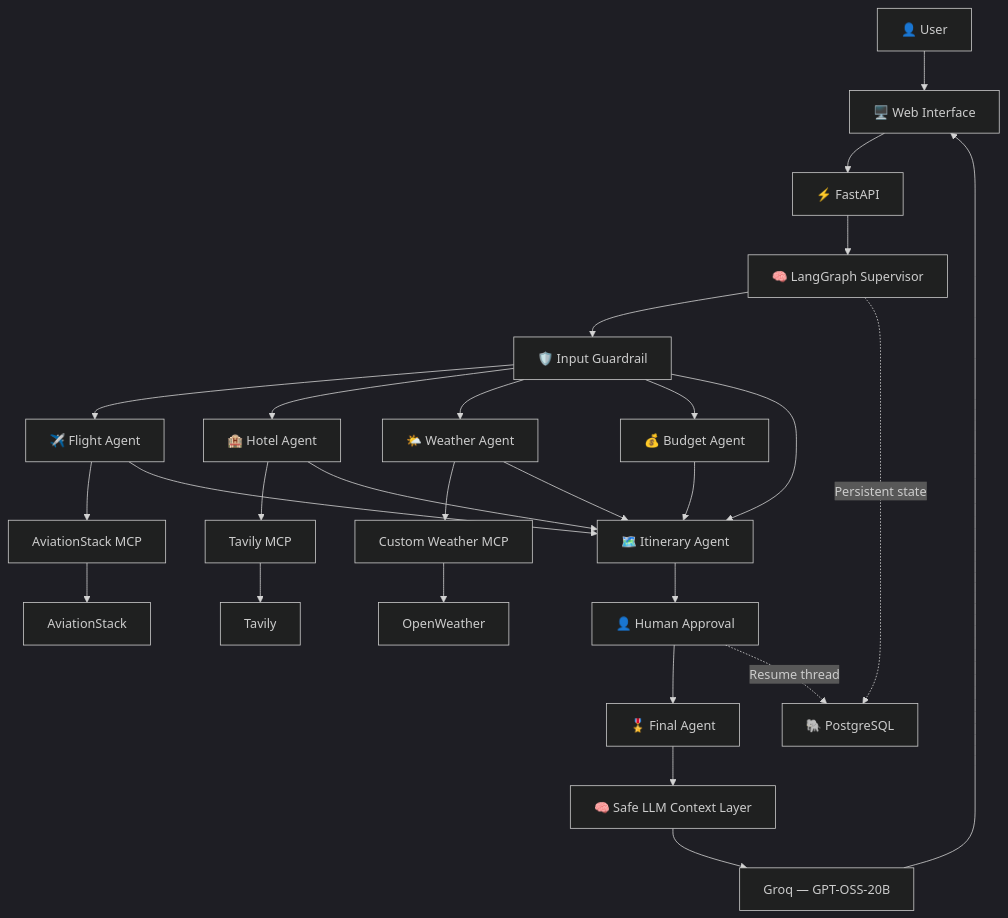
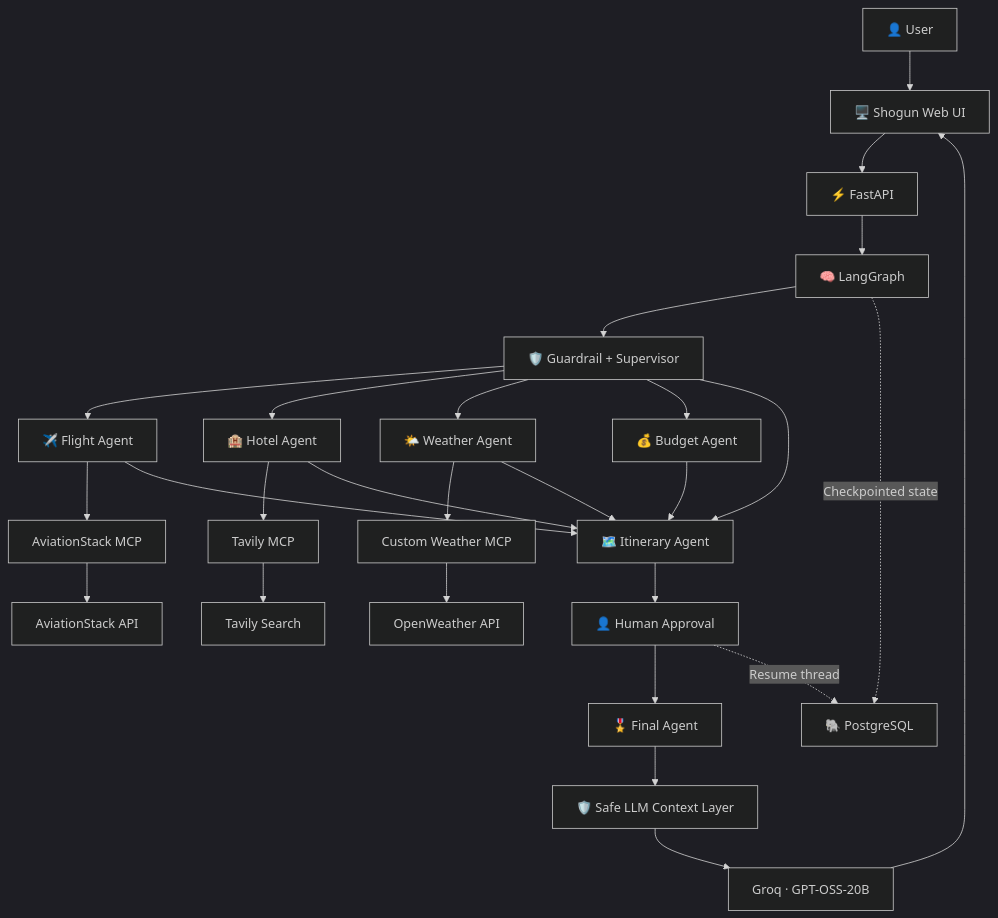
The diagram in README.md (Ravisidh36/Shogun-using-MCP), drawn with Mermaid (dark theme) before and after one commit. The commit also changed other lines of this file, not shown here.

Commit message:
Rewrite README for current Shogun architecture

````diff
--- a/README.md
+++ b/README.md
@@ -39,36 +78,38 @@
 ```mermaid
 flowchart TD
 
-    U["👤 User"] --> F["🖥️ Web Interface"]
-    F --> API["⚡ FastAPI"]
-    API --> G["🧠 LangGraph Supervisor"]
+    U["👤 User"] --> UI["🖥️ Shogun Web UI"]
+    UI --> API["⚡ FastAPI"]
+    API --> SG["🧠 LangGraph"]
 
-    G --> GR["🛡️ Input Guardrail"]
-    GR --> FA["✈️ Flight Agent"]
-    GR --> HA["🏨 Hotel Agent"]
-    GR --> WA["🌤️ Weather Agent"]
-    GR --> BA["💰 Budget Agent"]
-    GR --> IA["🗺️ Itinerary Agent"]
+    SG --> G["🛡️ Guardrail + Supervisor"]
 
-    FA --> ASM["AviationStack MCP"]
-    HA --> TM["Tavily MCP"]
-    WA --> WM["Custom Weather MCP"]
+    G --> F["✈️ Flight Agent"]
+    G --> H["🏨 Hotel Agent"]
+    G --> W["🌤️ Weather Agent"]
+    G --> B["💰 Budget Agent"]
+    G --> I["🗺️ Itinerary Agent"]
 
-    ASM --> EXT1["AviationStack"]
-    TM --> EXT2["Tavily"]
-    WM --> EXT3["OpenWeather"]
+    F --> AMCP["AviationStack MCP"]
+    H --> TMCP["Tavily MCP"]
+    W --> WMCP["Custom Weather MCP"]
 
-    FA --> IA
-    HA --> IA
-    WA --> IA
-    BA --> IA
+    AMCP --> AS["AviationStack API"]
+    TMCP --> TV["Tavily Search"]
+    WMCP --> OW["OpenWeather API"]
 
-    IA --> HITL["👤 Human Approval"]
-    HITL --> FR["🎖️ Final Agent"]
-    FR --> SAFE["🧠 Safe LLM Context Layer"]
-    SAFE --> GROQ["Groq — GPT-OSS-20B"]
-    GROQ --> F
+    F --> I
+    H --> I
+    W --> I
+    B --> I
 
-    G -. "Persistent state" .-> PG["🐘 PostgreSQL"]
+    I --> HITL["👤 Human Approval"]
+    HITL --> FA["🎖️ Final Agent"]
+
+    FA --> SAFE["🛡️ Safe LLM Context Layer"]
+    SAFE --> GROQ["Groq · GPT-OSS-20B"]
+    GROQ --> UI
+
+    SG -. "Checkpointed state" .-> PG["🐘 PostgreSQL"]
     HITL -. "Resume thread" .-> PG
 ```
````
